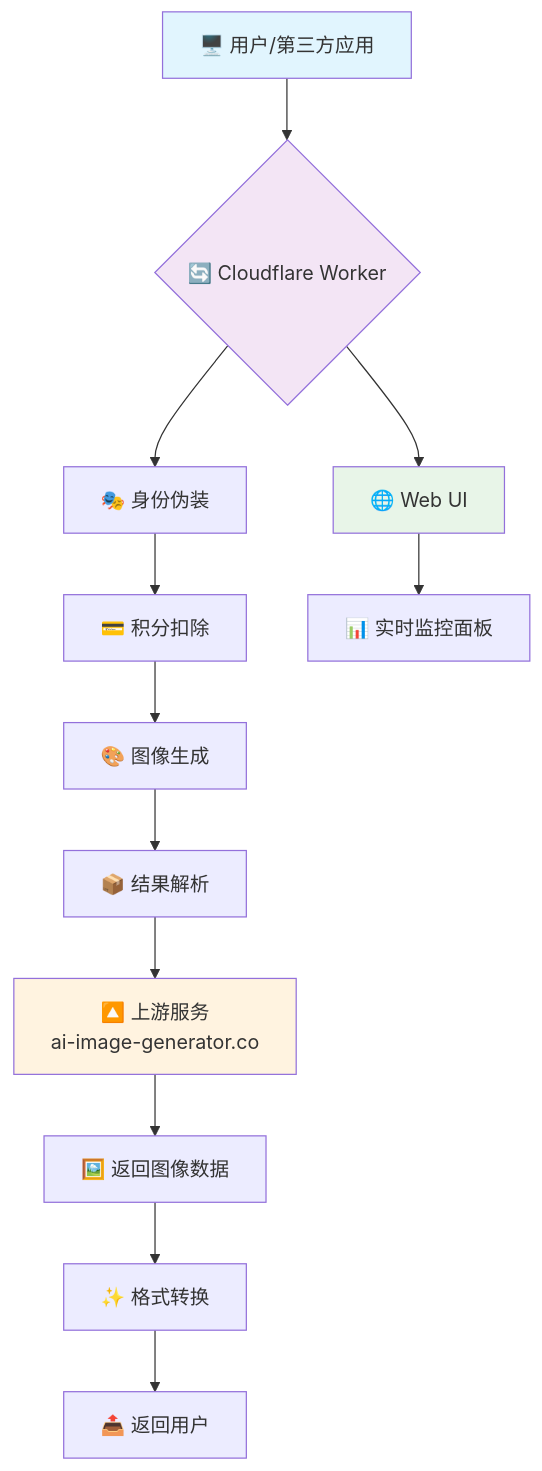
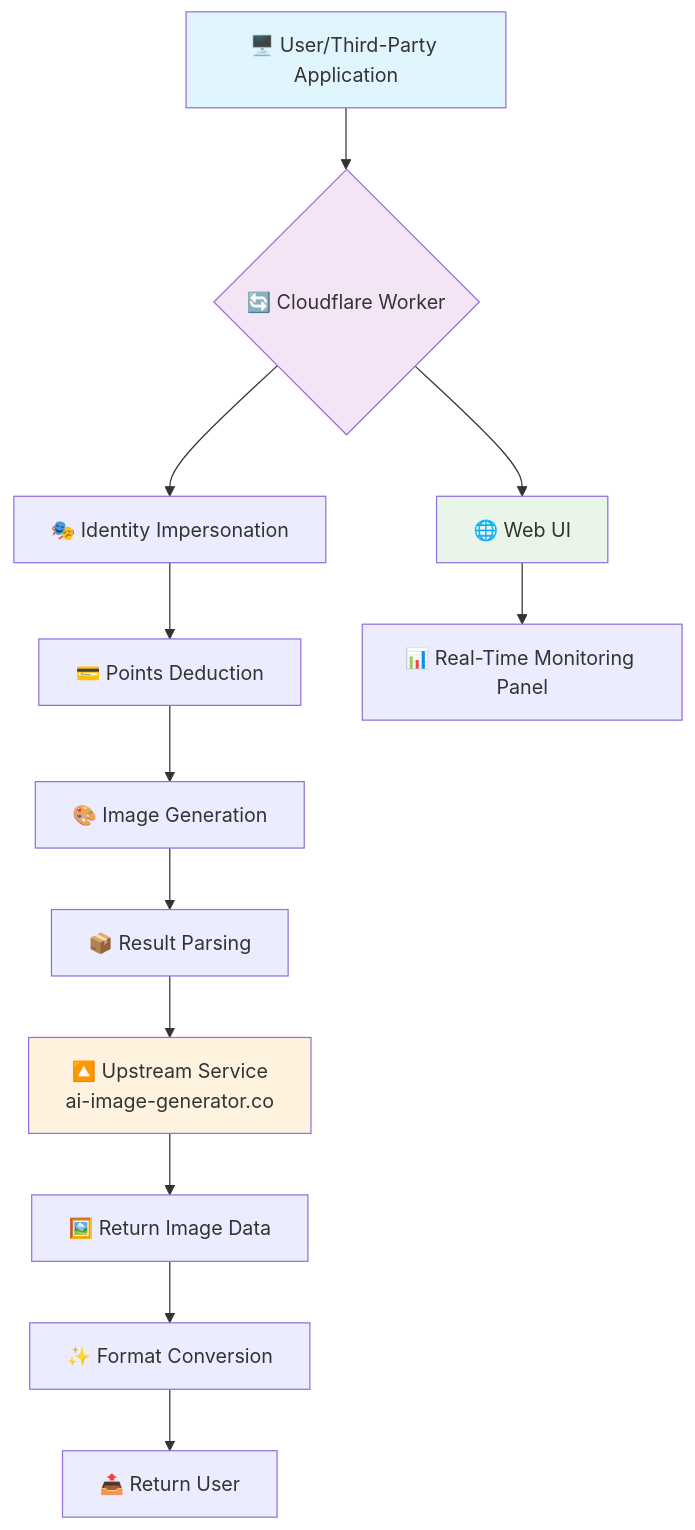
One commit to iemabdullah/ai-generator-2api-cfwork changed the first of 2 diagrams in README.md. Above: the diagram before and after it, drawn with Mermaid. The commit also changed other lines of this file, not shown here.

````diff
--- a/README.md
+++ b/README.md
@@ -45,23 +56,33 @@
 ```mermaid
 flowchart TD
-    A[🖥️ 用户/第三方应用] --> B{🔄 Cloudflare Worker}
-    
-    B --> C[🎭 身份伪装]
-    C --> D[💳 积分扣除]
-    D --> E[🎨 图像生成]
-    E --> F[📦 结果解析]
-    
-    F --> G[🔼 上游服务<br/>ai-image-generator.co]
-    G --> H[🖼️ 返回图像数据]
-    
-    H --> I[✨ 格式转换]
-    I --> J[📤 返回用户]
-    
-    B --> K[🌐 Web UI]
-    K --> L[📊 实时监控面板]
-    
-    style A fill:#e1f5fe
-    style B fill:#f3e5f5
-    style G fill:#fff3e0
-    style K fill:#e8f5e8
+
+A[🖥️ User/Third-Party Application] --> B{🔄 Cloudflare Worker}
+
+B --> C[🎭 Identity Impersonation]
+
+C --> D[💳 Points Deduction]
+
+D --> E[🎨 Image Generation]
+
+E --> F[📦 Result Parsing]
+
+F --> G[🔼 Upstream Service<br/>ai-image-generator.co]
+
+G --> H[🖼️ Return Image Data]
+
+H --> I[✨ Format Conversion]
+
+I --> J[📤 Return User]
+
+B --> K[🌐 Web UI]
+
+K --> L[📊 Real-Time Monitoring Panel]
+
+style A fill:#e1f5fe
+
+style B fill:#f3e5f5
+
+style G fill:#fff3e0
+
+style K fill:#e8f5e8
 ```
````
